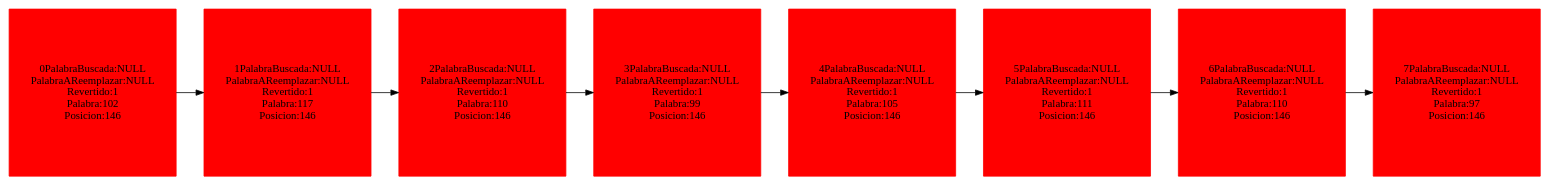
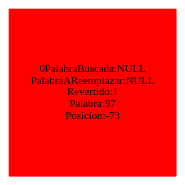
The diagram in PruebaPractica1Edd/Redo.dot (AhiezerRamirez/EDD_1S2020_P1_201709062), drawn with Graphviz before and after one commit. The commit also changed 19 other files, not shown here.

```diff
--- a/PruebaPractica1Edd/Redo.dot
+++ b/PruebaPractica1Edd/Redo.dot
@@ -1,5 +1,5 @@
 digraph G {node [shape = square]; 
  graph [rankdir=LR]; 
  node [color = red]; 
  node [style = filled];
-"0PalabraBuscada:NULL \n PalabraAReemplazar:NULL\n Revertido:1\n Palabra:102\n Posicion:146" ->"1PalabraBuscada:NULL \n PalabraAReemplazar:NULL\n Revertido:1\n Palabra:117\n Posicion:146" ->"2PalabraBuscada:NULL \n PalabraAReemplazar:NULL\n Revertido:1\n Palabra:110\n Posicion:146" ->"3PalabraBuscada:NULL \n PalabraAReemplazar:NULL\n Revertido:1\n Palabra:99\n Posicion:146" ->"4PalabraBuscada:NULL \n PalabraAReemplazar:NULL\n Revertido:1\n Palabra:105\n Posicion:146" ->"5PalabraBuscada:NULL \n PalabraAReemplazar:NULL\n Revertido:1\n Palabra:111\n Posicion:146" ->"6PalabraBuscada:NULL \n PalabraAReemplazar:NULL\n Revertido:1\n Palabra:110\n Posicion:146" ->"7PalabraBuscada:NULL\n PalabraAReemplazar:NULL\n Revertido:1\n Palabra:97\n Posicion:146"}
+"0PalabraBuscada:NULL\n PalabraAReemplazar:NULL\n Revertido:1\n Palabra:97\n Posicion:-73"}
```
